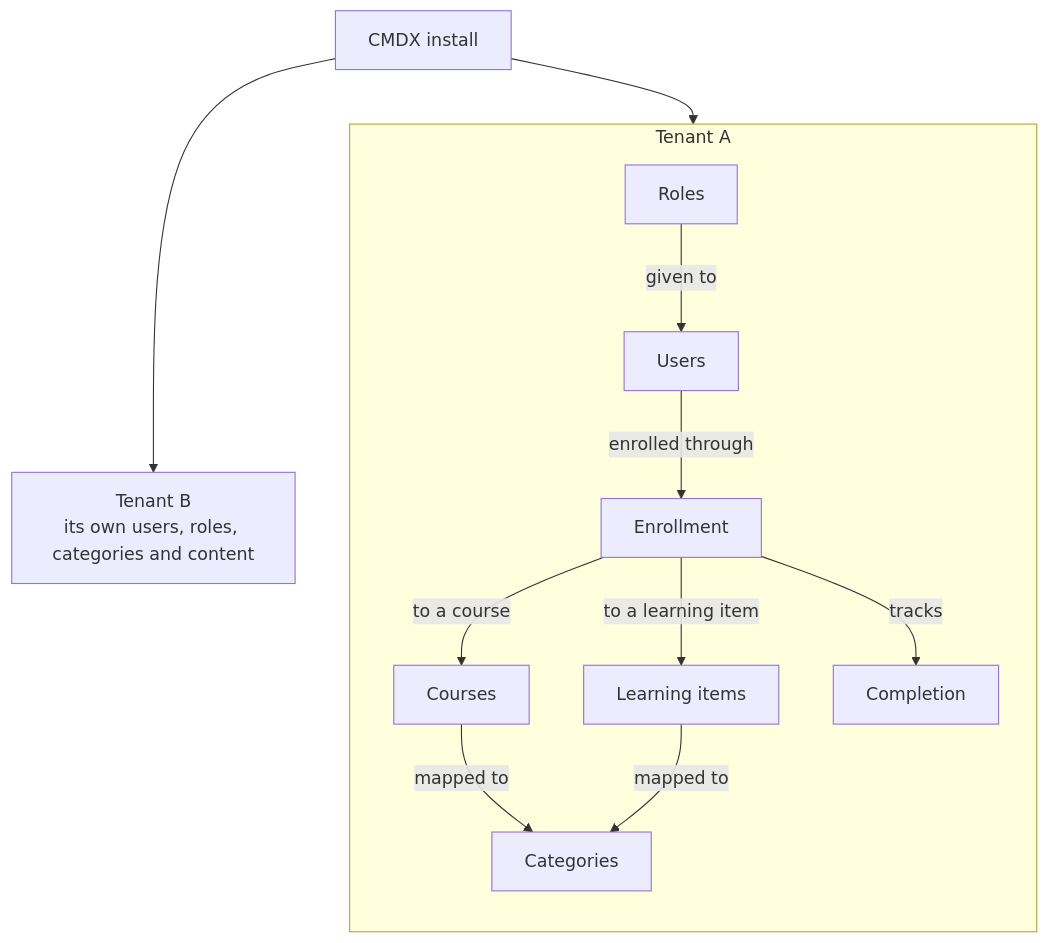
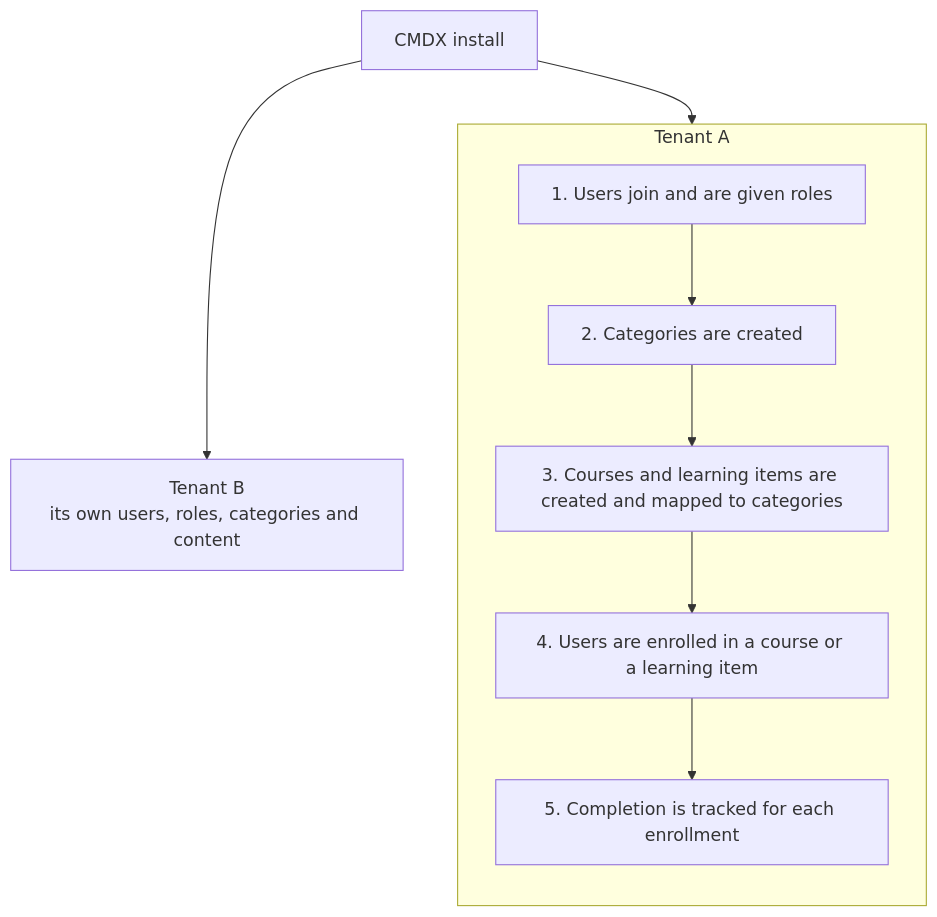
The first of 2 diagrams in docs-site/docs-current/getting-started/concepts.md (CMDxAI/CMDXAI-website), drawn with Mermaid before and after one commit. The commit also changed other lines of this file, not shown here.

Commit message:
Show the tenant set-up as five ordered steps
The diagram showed relationships but not the order things happen in.
It now shows one CMDX install with two tenants, and inside a tenant
five numbered steps: users join and get roles, categories are created,
courses and learning items are created and mapped to categories, users
are enrolled, and completion is tracked. The intro and the tenant list
use the same numbered steps.

````diff
--- a/docs-site/docs-current/getting-started/concepts.md
+++ b/docs-site/docs-current/getting-started/concepts.md
@@ -23,20 +25,24 @@
 ```mermaid
+---
+config:
+  flowchart:
+    wrappingWidth: 300
+---
 flowchart TB
   accTitle: How a CMDX install is organized
-  accDescr: One CMDX install holds many tenants, such as Tenant A and Tenant B, kept apart from each other. Inside a tenant, roles are given to users. Courses and learning items are mapped to categories. A user is connected to a course or a learning item through an enrollment, and the enrollment tracks the user's completion.
+  accDescr: One CMDX install holds many tenants, such as Tenant A and Tenant B, kept apart from each other. Inside a tenant, five steps happen in order. 1, users join and are given roles. 2, categories are created. 3, courses and learning items are created and mapped to categories. 4, users are enrolled in a course or a learning item. 5, completion is tracked for each enrollment.
 
+  subgraph tenantA["Tenant A"]
+    direction TB
+    s1["1. Users join and are given roles"]
+    s2["2. Categories are created"]
+    s3["3. Courses and learning items are created and mapped to categories"]
+    s4["4. Users are enrolled in a course or a learning item"]
+    s5["5. Completion is tracked for each enrollment"]
+    s1 --> s2 --> s3 --> s4 --> s5
+  end
+  tenantB["Tenant B<br/>its own users, roles, categories and content"]
   cmdx["CMDX install"]
   cmdx --> tenantA
-  cmdx --> tenantB["Tenant B<br/>its own users, roles, categories and content"]
-
-  subgraph tenantA[Tenant A]
-    direction TB
-    roles["Roles"] -- given to --> users["Users"]
-    users -- enrolled through --> enrollment["Enrollment"]
-    enrollment -- to a course --> courses["Courses"]
-    enrollment -- to a learning item --> items["Learning items"]
-    enrollment -- tracks --> completion["Completion"]
-    courses -- mapped to --> categories["Categories"]
-    items -- mapped to --> categories
-  end
+  cmdx --> tenantB
 ```
````
